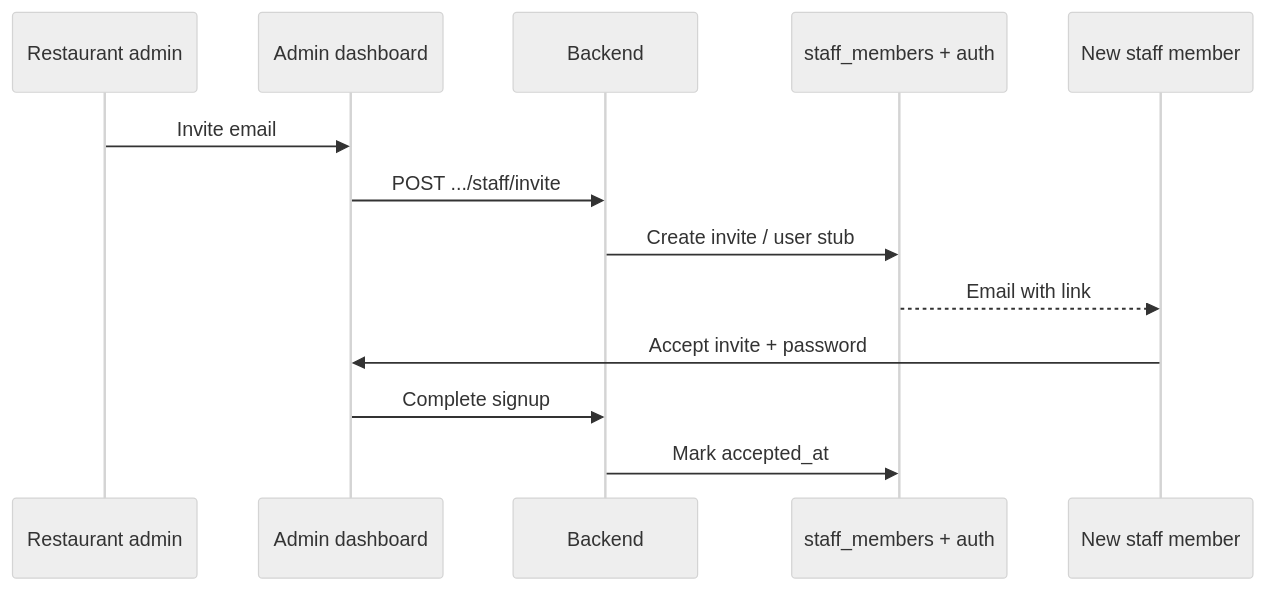
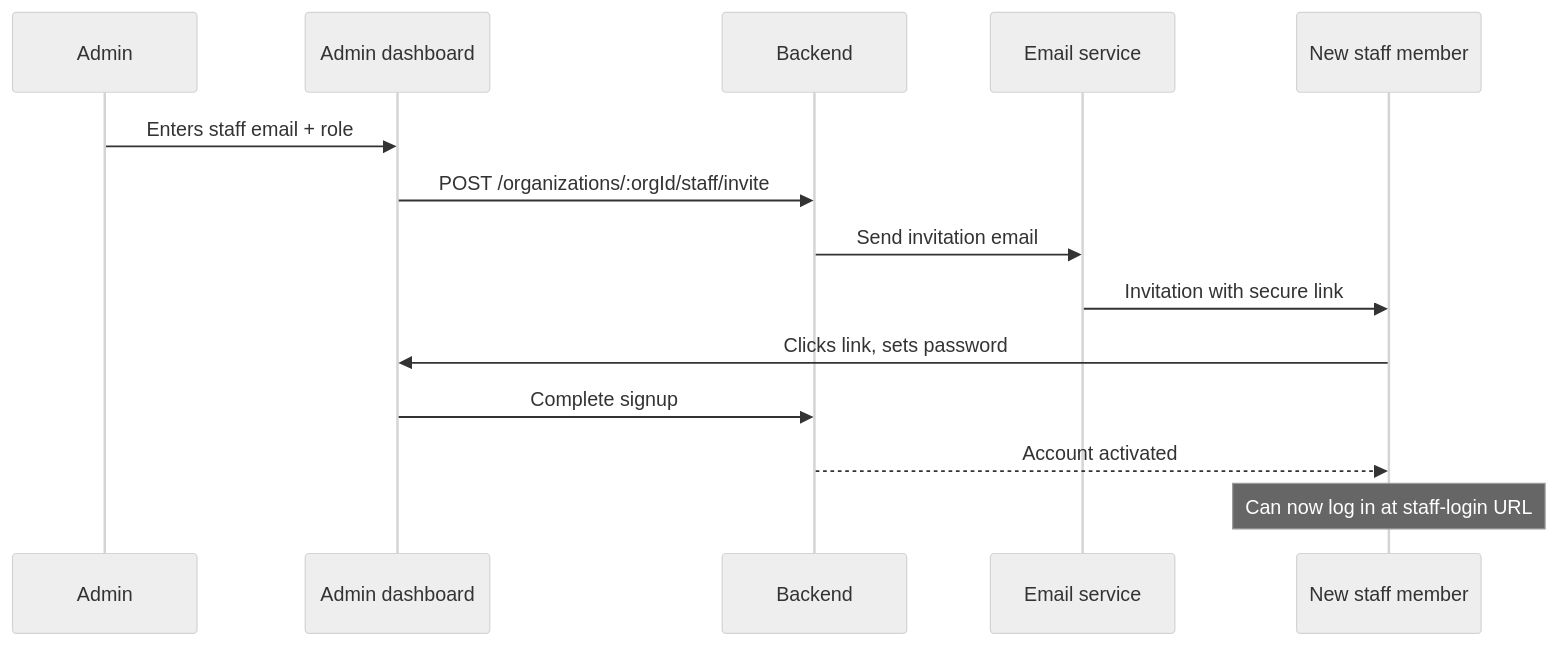
The fourth of 5 diagrams in docs/CLIENT_HANDOVER_ADMIN_AND_OWNER.md (pizn-01/dinely), drawn with Mermaid (neutral theme) before and after one commit. The commit also changed other lines of this file and 2 other files, not shown here.

````diff
--- a/docs/CLIENT_HANDOVER_ADMIN_AND_OWNER.md
+++ b/docs/CLIENT_HANDOVER_ADMIN_AND_OWNER.md
@@ -121,16 +217,17 @@
 ```mermaid
 sequenceDiagram
-  participant Owner as Restaurant admin
+  participant Owner as Admin
   participant AD as Admin dashboard
   participant API as Backend
-  participant SM as staff_members + auth
-  participant New as New staff member
+  participant Email as Email service
+  participant Staff as New staff member
 
-  Owner->>AD: Invite email
-  AD->>API: POST .../staff/invite
-  API->>SM: Create invite / user stub
-  SM-->>New: Email with link
-  New->>AD: Accept invite + password
+  Owner->>AD: Enters staff email + role
+  AD->>API: POST /organizations/:orgId/staff/invite
+  API->>Email: Send invitation email
+  Email->>Staff: Invitation with secure link
+  Staff->>AD: Clicks link, sets password
   AD->>API: Complete signup
-  API->>SM: Mark accepted_at
+  API-->>Staff: Account activated
+  Note over Staff: Can now log in at staff-login URL
 ```
````
